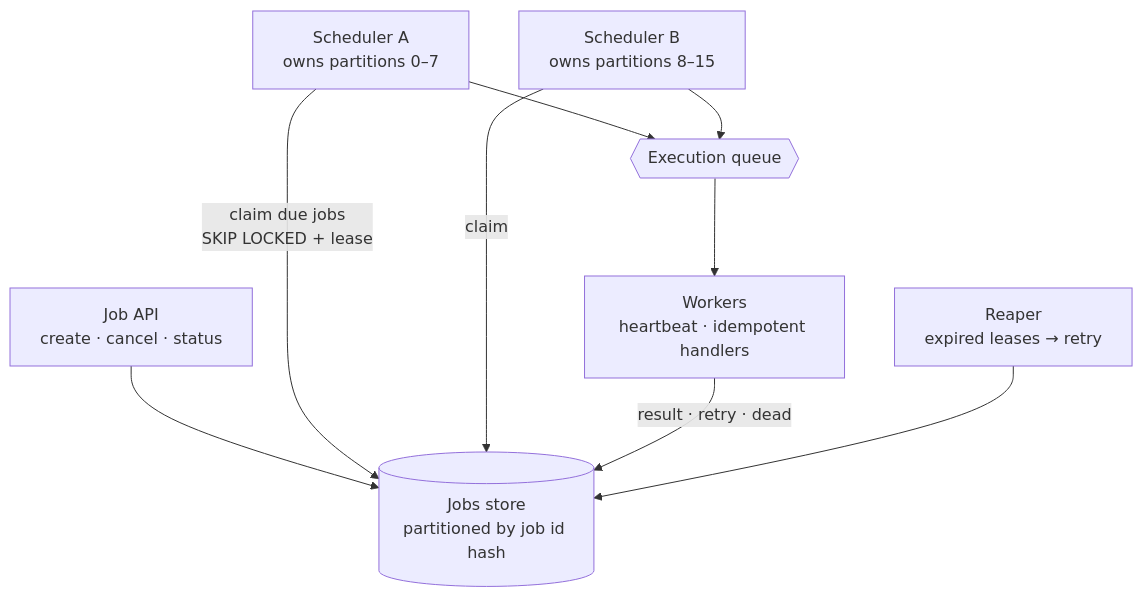
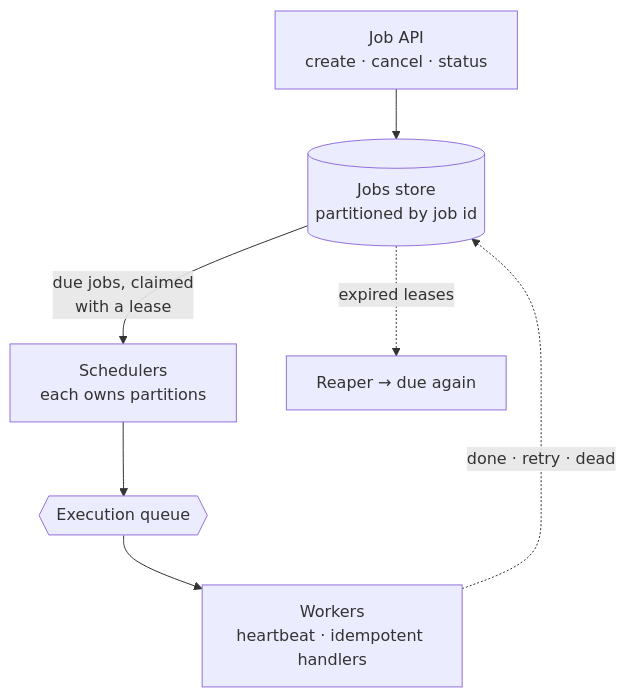
The diagram in src/content/topics/system-design/job-scheduler/diagrams/scheduler-architecture.mmd (dhaval-76/engineering-field-guide), drawn with Mermaid before and after one commit. The commit also changed 22 other files, not shown here.

Commit message:
System design diagrams: narrow layouts for phones

```diff
--- a/src/content/topics/system-design/job-scheduler/diagrams/scheduler-architecture.mmd
+++ b/src/content/topics/system-design/job-scheduler/diagrams/scheduler-architecture.mmd
@@ -1,9 +1,7 @@
 flowchart TD
-  API[Job API<br/>create · cancel · status] --> DB[(Jobs store<br/>partitioned by job id hash)]
-  S1[Scheduler A<br/>owns partitions 0–7] -- "claim due jobs<br/>SKIP LOCKED + lease" --> DB
-  S2[Scheduler B<br/>owns partitions 8–15] -- claim --> DB
-  S1 --> Q{{Execution queue}}
-  S2 --> Q
+  API[Job API<br/>create · cancel · status] --> DB[(Jobs store<br/>partitioned by job id)]
+  DB -- "due jobs, claimed<br/>with a lease" --> S[Schedulers<br/>each owns partitions]
+  S --> Q{{Execution queue}}
   Q --> W[Workers<br/>heartbeat · idempotent handlers]
-  W -- "result · retry · dead" --> DB
-  R[Reaper<br/>expired leases → retry] --> DB
+  W -. "done · retry · dead" .-> DB
+  DB -. "expired leases" .-> R[Reaper → due again]
```
